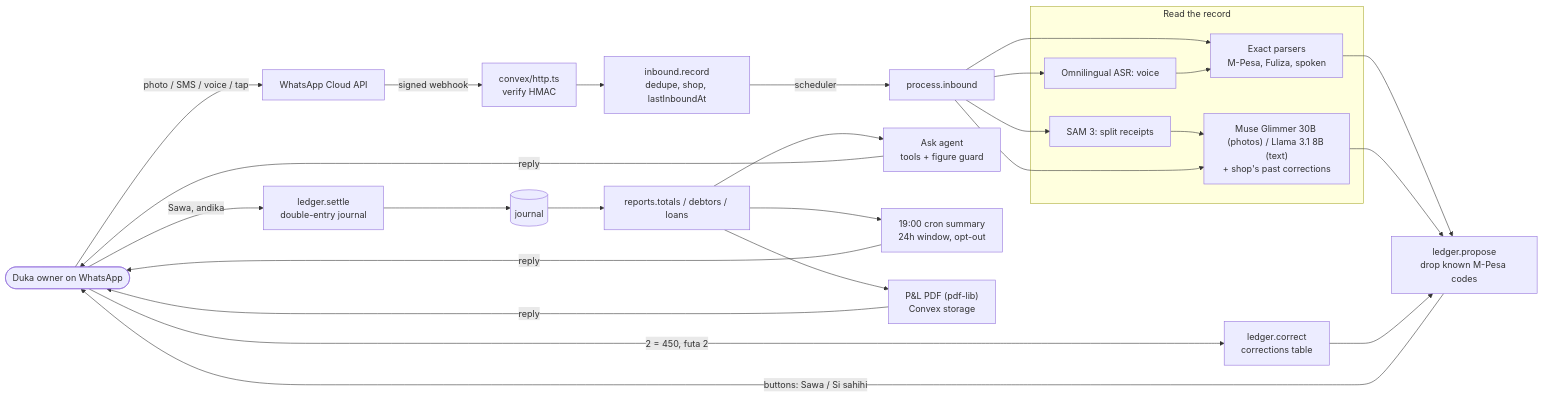
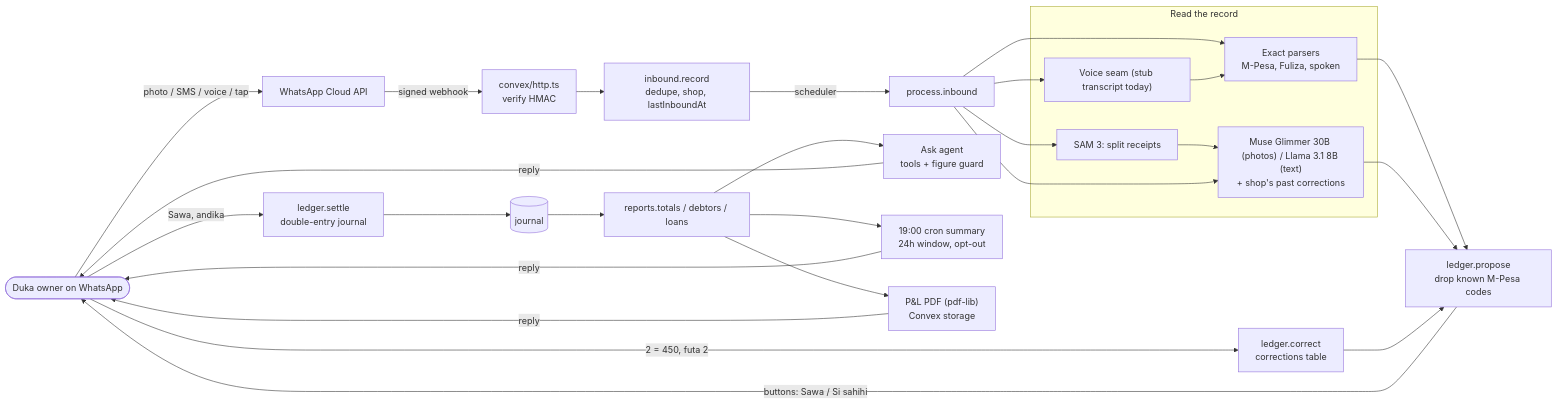
Before and after one commit to fondoadam/duka-books: the diagram in README.md, drawn with Mermaid. The commit also changed other lines of this file and 2 other files, not shown here.

Commit message:
docs: submission text; README honest about voice stub, credits and real-phone test

````diff
--- a/README.md
+++ b/README.md
@@ -100,31 +104,31 @@
 ```mermaid
 flowchart LR
   owner([Duka owner on WhatsApp]) -- photo / SMS / voice / tap --> wa[WhatsApp Cloud API]
   wa -- signed webhook --> http["convex/http.ts<br/>verify HMAC"]
   http --> inbound["inbound.record<br/>dedupe, shop, lastInboundAt"]
   inbound -- scheduler --> process["process.inbound"]
 
   subgraph read [Read the record]
     mpesa["Exact parsers<br/>M-Pesa, Fuliza, spoken"]
     sam["SAM 3: split receipts"]
-    asr["Omnilingual ASR: voice"]
+    asr["Voice seam (stub transcript today)"]
     spark["Muse Glimmer 30B (photos) / Llama 3.1 8B (text)<br/>+ shop's past corrections"]
   end
   process --> mpesa
   process --> sam --> spark
   process --> asr --> mpesa
   process --> spark
 
   mpesa & spark --> proposal["ledger.propose<br/>drop known M-Pesa codes"]
   proposal -- "buttons: Sawa / Si sahihi" --> owner
   owner -- "2 = 450, futa 2" --> fix["ledger.correct<br/>corrections table"]
   fix --> proposal
   owner -- Sawa, andika --> settle["ledger.settle<br/>double-entry journal"]
 
   settle --> journal[(journal)]
   journal --> reports["reports.totals / debtors / loans"]
   reports --> ask["Ask agent<br/>tools + figure guard"]
   reports --> summary["19:00 cron summary<br/>24h window, opt-out"]
   reports --> pnl["P&L PDF (pdf-lib)<br/>Convex storage"]
   ask & summary & pnl -- reply --> owner
 ```
````
